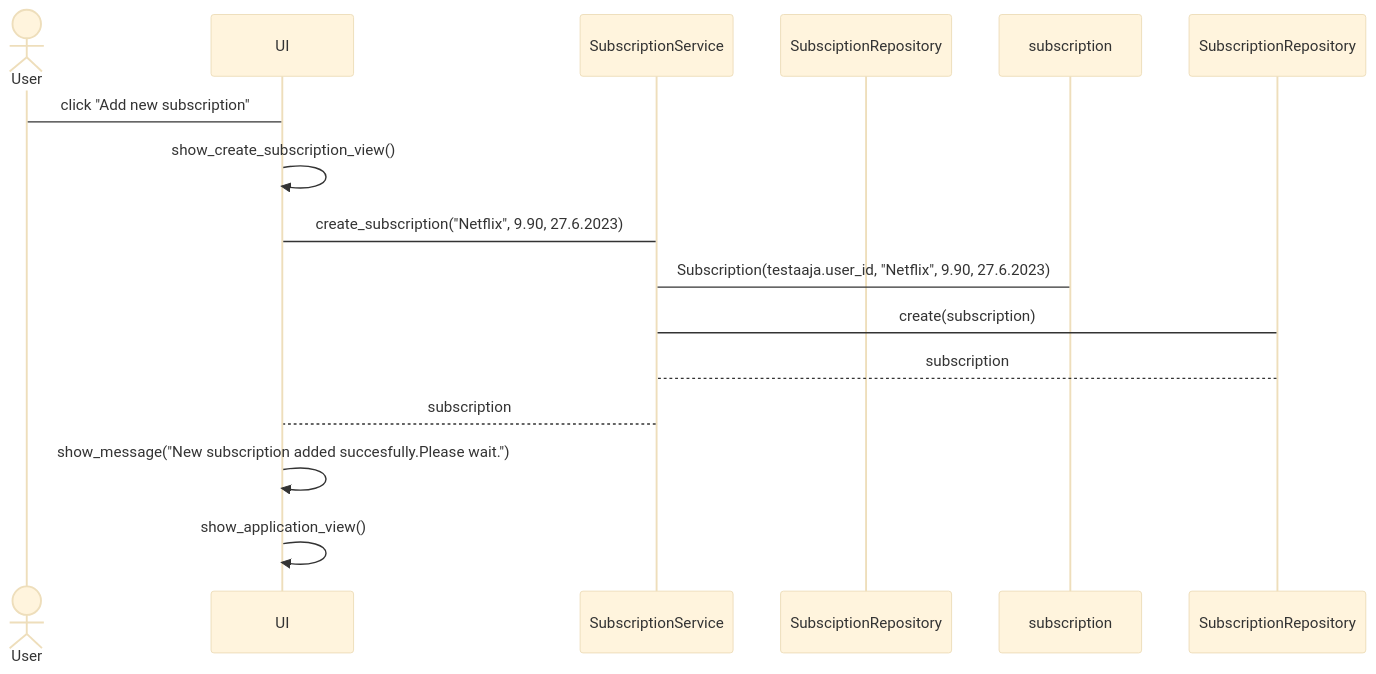
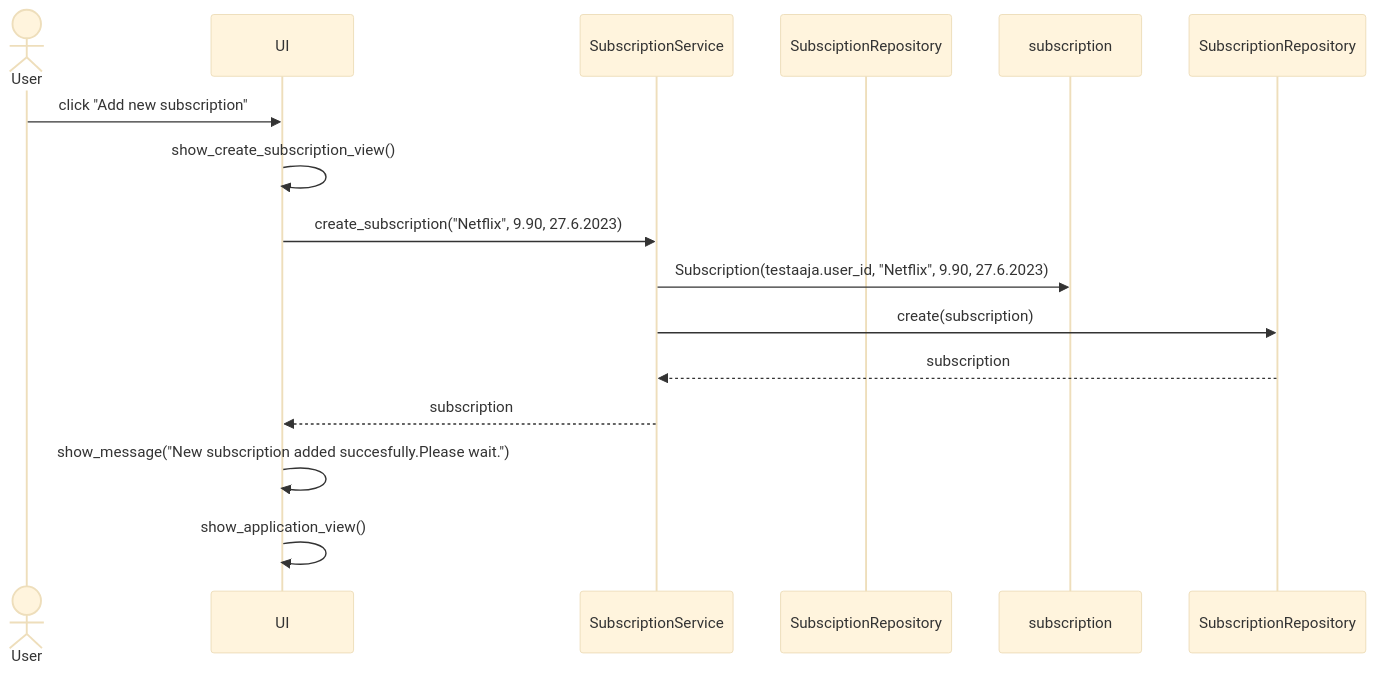
One commit to imhlas/ot-harjoitustyo changed the fifth of 5 diagrams in harjoitustyo/dokumentaatio/arkkitehtuuri.md. Above: the diagram before and after it, drawn with Mermaid (base theme). The commit also changed other lines of this file, not shown here.

````diff
--- a/harjoitustyo/dokumentaatio/arkkitehtuuri.md
+++ b/harjoitustyo/dokumentaatio/arkkitehtuuri.md
@@ -87,17 +87,17 @@
 ```mermaid
 sequenceDiagram
   actor User
   participant UI
   participant SubscriptionService
   participant SubsciptionRepository
   participant subscription
-  User->UI: click "Add new subscription"
+  User->>UI: click "Add new subscription"
   UI->>UI: show_create_subscription_view()
-  UI->SubscriptionService: create_subscription("Netflix", 9.90, 27.6.2023)
-  SubscriptionService->subscription: Subscription(testaaja.user_id, "Netflix", 9.90, 27.6.2023)
-  SubscriptionService-> SubscriptionRepository: create(subscription)
-  SubscriptionRepository-->SubscriptionService: subscription
-  SubscriptionService-->UI: subscription
+  UI->>SubscriptionService: create_subscription("Netflix", 9.90, 27.6.2023)
+  SubscriptionService->>subscription: Subscription(testaaja.user_id, "Netflix", 9.90, 27.6.2023)
+  SubscriptionService->>SubscriptionRepository: create(subscription)
+  SubscriptionRepository-->>SubscriptionService: subscription
+  SubscriptionService-->>UI: subscription
   UI->>UI: show_message("New subscription added succesfully.Please wait.")
   UI->>UI: show_application_view()
 ```
````
